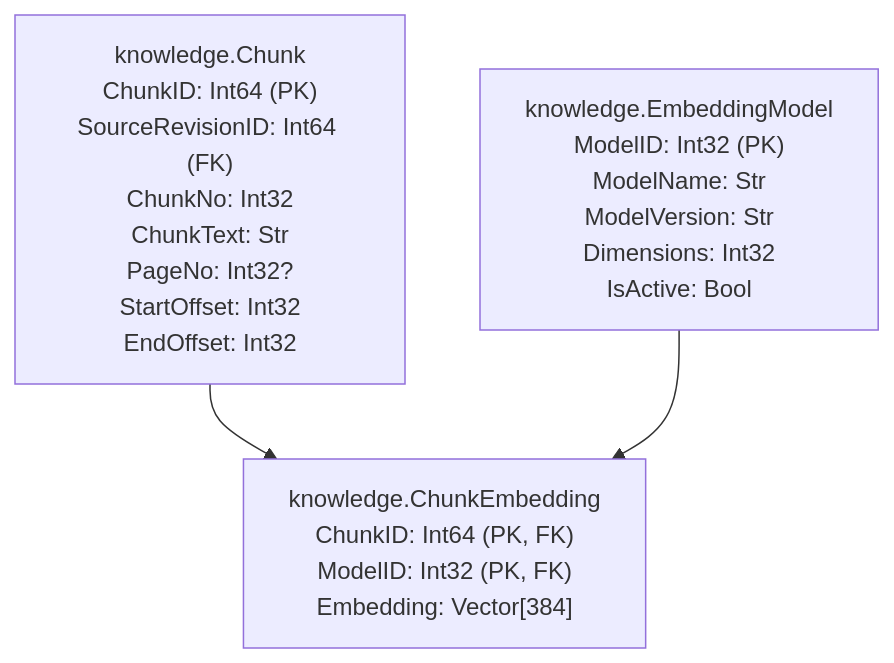
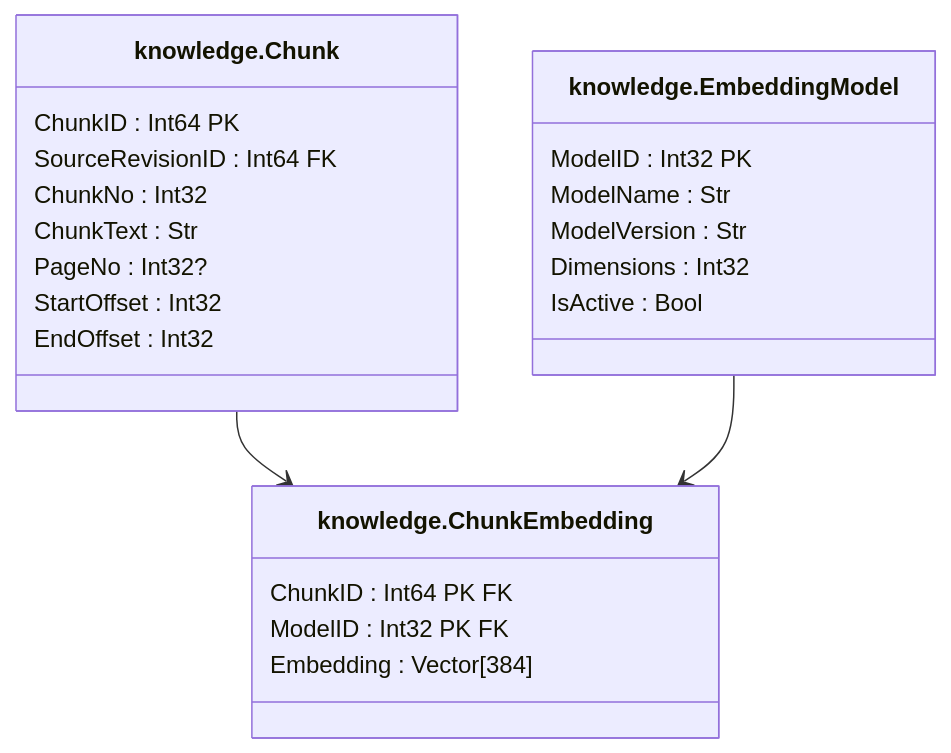
One commit to lkeey/BIVT-labs changed the eighth of 15 diagrams in 03SQL-CourseWork/architecture/database-model.md. Above: the diagram before and after it, drawn with Mermaid. The commit also changed other lines of this file, not shown here.

Commit message:
docs: center database table titles in diagrams

```diff
--- a/03SQL-CourseWork/architecture/database-model.md
+++ b/03SQL-CourseWork/architecture/database-model.md
@@ -109,8 +310,27 @@
 ~~~mermaid
-flowchart TB
-    K["knowledge.Chunk<br/>ChunkID: Int64 (PK)<br/>SourceRevisionID: Int64 (FK)<br/>ChunkNo: Int32<br/>ChunkText: Str<br/>PageNo: Int32?<br/>StartOffset: Int32<br/>EndOffset: Int32"]
-    E["knowledge.ChunkEmbedding<br/>ChunkID: Int64 (PK, FK)<br/>ModelID: Int32 (PK, FK)<br/>Embedding: Vector[384]"]
-    M["knowledge.EmbeddingModel<br/>ModelID: Int32 (PK)<br/>ModelName: Str<br/>ModelVersion: Str<br/>Dimensions: Int32<br/>IsActive: Bool"]
+classDiagram
+    direction TB
+    class K["knowledge.Chunk"] {
+        ChunkID : Int64 PK
+        SourceRevisionID : Int64 FK
+        ChunkNo : Int32
+        ChunkText : Str
+        PageNo : Int32?
+        StartOffset : Int32
+        EndOffset : Int32
+    }
+    class E["knowledge.ChunkEmbedding"] {
+        ChunkID : Int64 PK FK
+        ModelID : Int32 PK FK
+        Embedding : Vector[384]
+    }
+    class M["knowledge.EmbeddingModel"] {
+        ModelID : Int32 PK
+        ModelName : Str
+        ModelVersion : Str
+        Dimensions : Int32
+        IsActive : Bool
+    }
     K --> E
     M --> E
 ~~~
```
